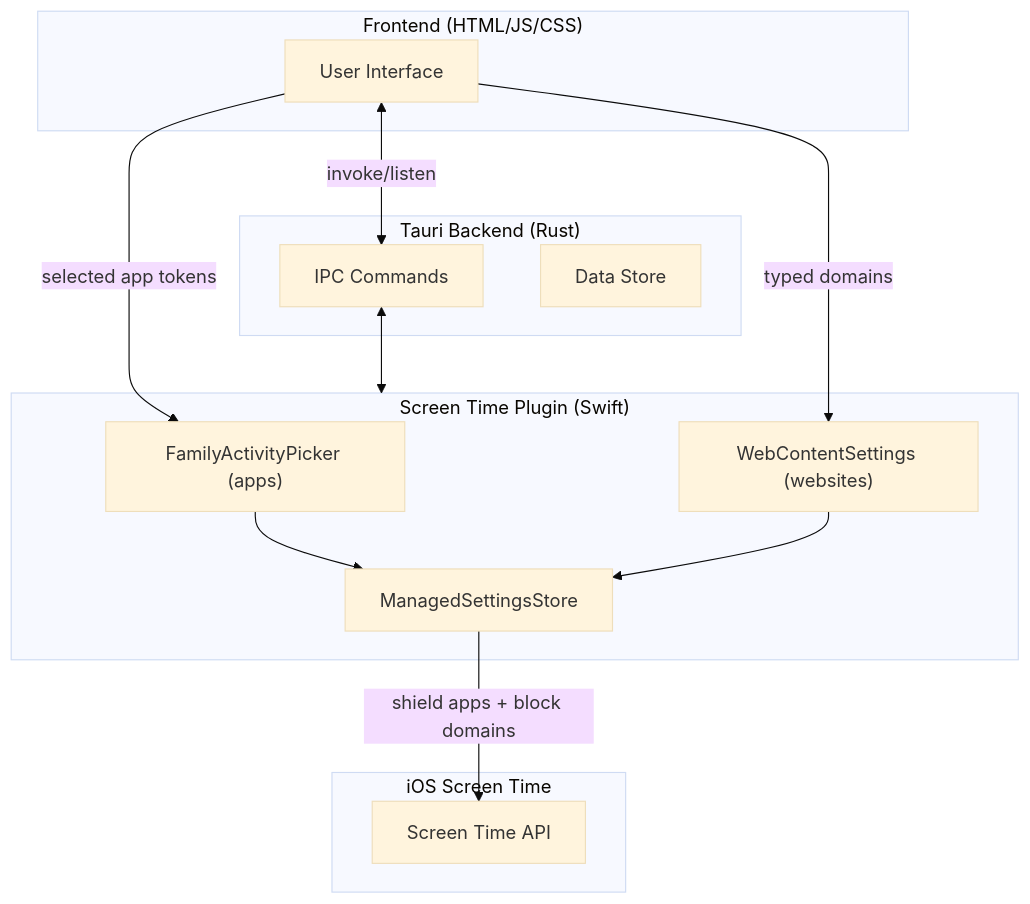
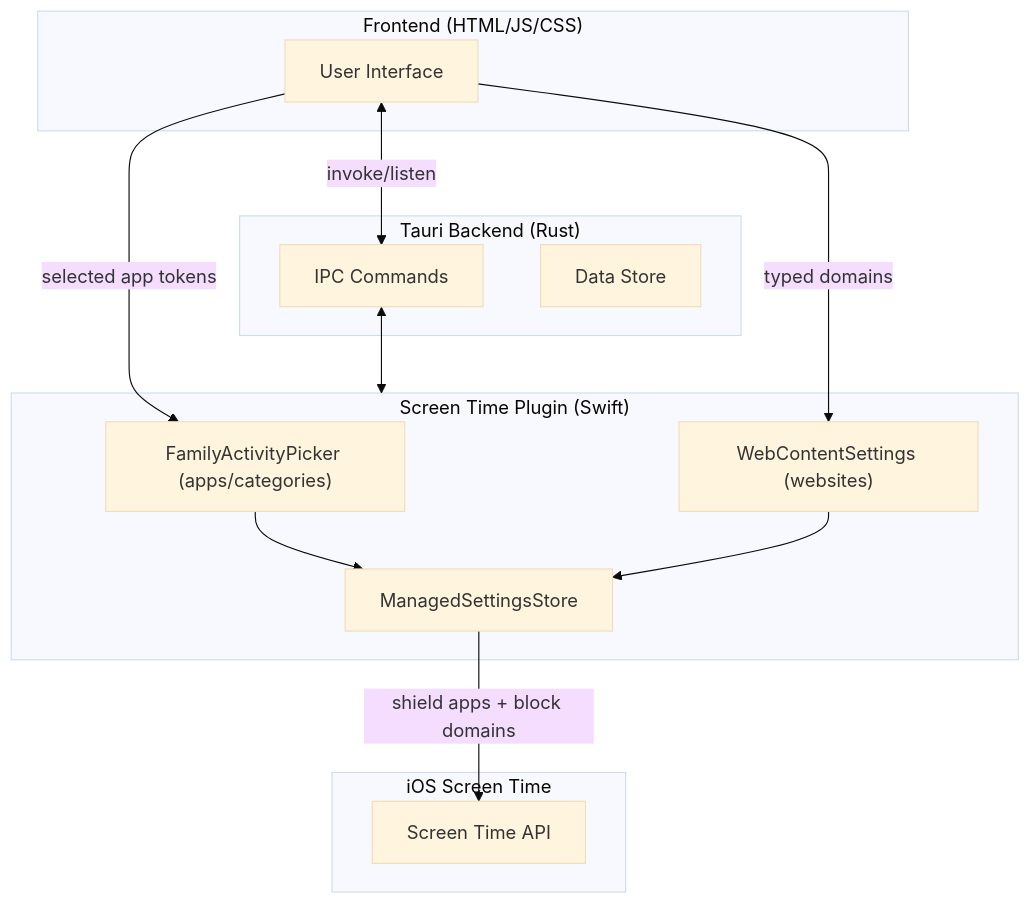
The second of 2 diagrams in README.md (kasnder/redd-block), drawn with Mermaid (base theme) before and after one commit. The commit also changed other lines of this file, not shown here.

````diff
--- a/README.md
+++ b/README.md
@@ -59,29 +55,29 @@
 ```mermaid
 flowchart TB
     subgraph Frontend["Frontend (HTML/JS/CSS)"]
         UI[User Interface]
     end
 
     subgraph Tauri["Tauri Backend (Rust)"]
         IPC[IPC Commands]
         Data[Data Store]
     end
 
     subgraph Plugin["Screen Time Plugin (Swift)"]
-        Picker["FamilyActivityPicker (apps)"]
+        Picker["FamilyActivityPicker (apps/categories)"]
         WebBlock["WebContentSettings (websites)"]
         Shield[ManagedSettingsStore]
     end
 
     subgraph ScreenTime["iOS Screen Time"]
         ST[Screen Time API]
     end
 
     UI <-->|invoke/listen| IPC
     IPC <--> Plugin
     UI -->|typed domains| WebBlock
     UI -->|selected app tokens| Picker
     Picker --> Shield
     WebBlock --> Shield
     Shield -->|shield apps + block domains| ST
 ```
````
